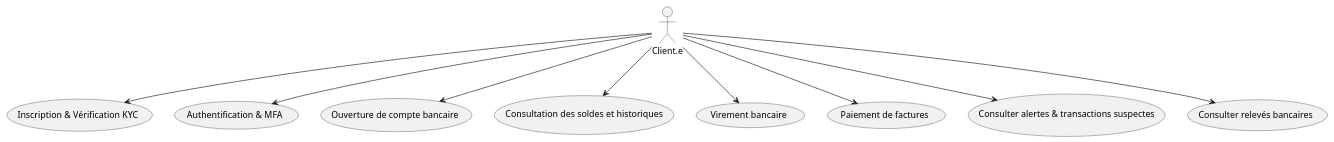
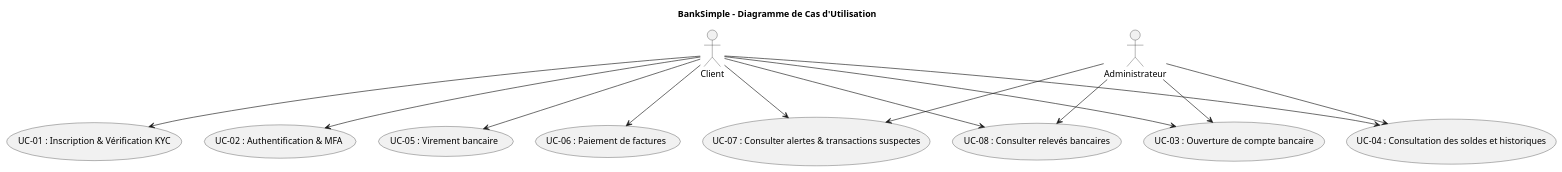
One commit to Toksunus/banksimple changed the diagram in PlantUML/use_case.puml. Above: the diagram before and after it, drawn with PlantUML. The commit also changed 34 other files, not shown here.

Commit message:
plantUML diagram changes

```diff
--- a/PlantUML/use_case.puml
+++ b/PlantUML/use_case.puml
@@ -1,10 +1,21 @@
-@startuml
-    Client.e --> (Inscription & Vérification KYC)
-    Client.e --> (Authentification & MFA)
-    Client.e --> (Ouverture de compte bancaire)
-    Client.e --> (Consultation des soldes et historiques)
-    Client.e --> (Virement bancaire)
-    Client.e --> (Paiement de factures)
-    Client.e --> (Consulter alertes & transactions suspectes)
-    Client.e --> (Consulter relevés bancaires)
+@startuml use_case
+title BankSimple - Diagramme de Cas d'Utilisation
+
+actor Client
+actor Administrateur
+
+Client --> (UC-01 : Inscription & Vérification KYC)
+Client --> (UC-02 : Authentification & MFA)
+Client --> (UC-03 : Ouverture de compte bancaire)
+Client --> (UC-04 : Consultation des soldes et historiques)
+Client --> (UC-05 : Virement bancaire)
+Client --> (UC-06 : Paiement de factures)
+Client --> (UC-07 : Consulter alertes & transactions suspectes)
+Client --> (UC-08 : Consulter relevés bancaires)
+
+Administrateur --> (UC-03 : Ouverture de compte bancaire)
+Administrateur --> (UC-04 : Consultation des soldes et historiques)
+Administrateur --> (UC-07 : Consulter alertes & transactions suspectes)
+Administrateur --> (UC-08 : Consulter relevés bancaires)
+
 @enduml
```
